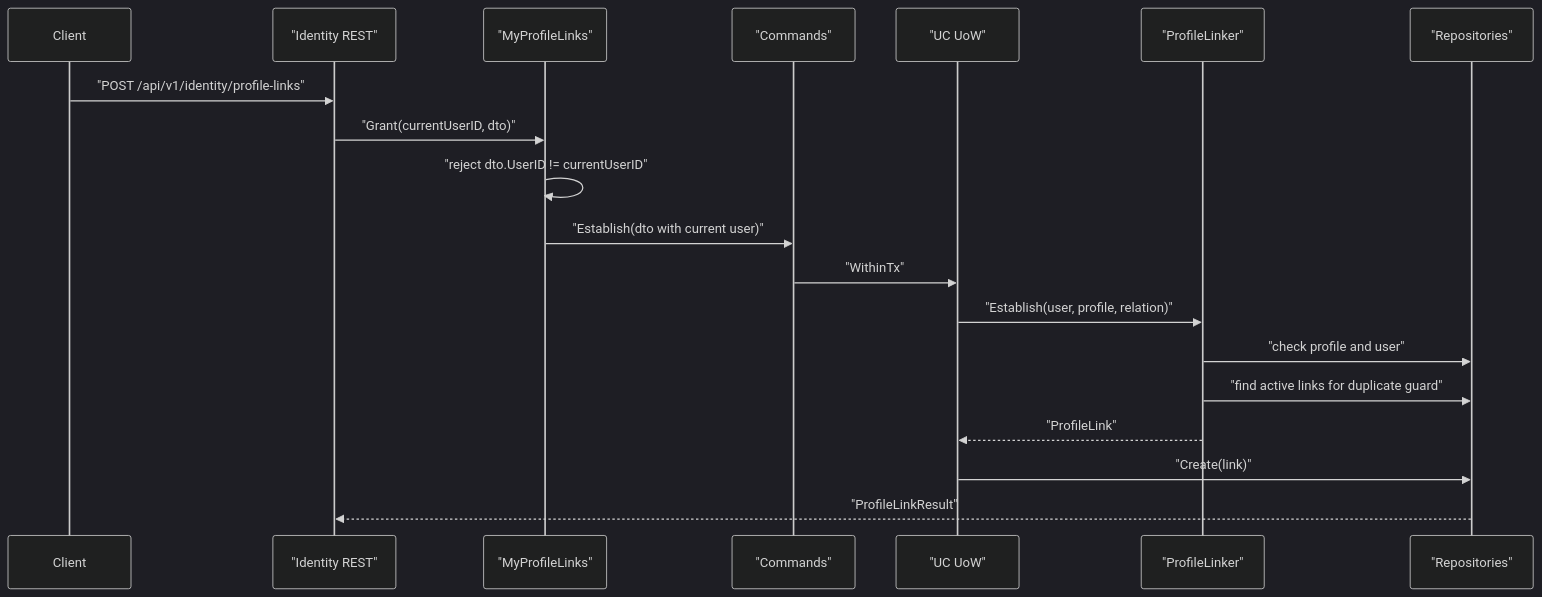
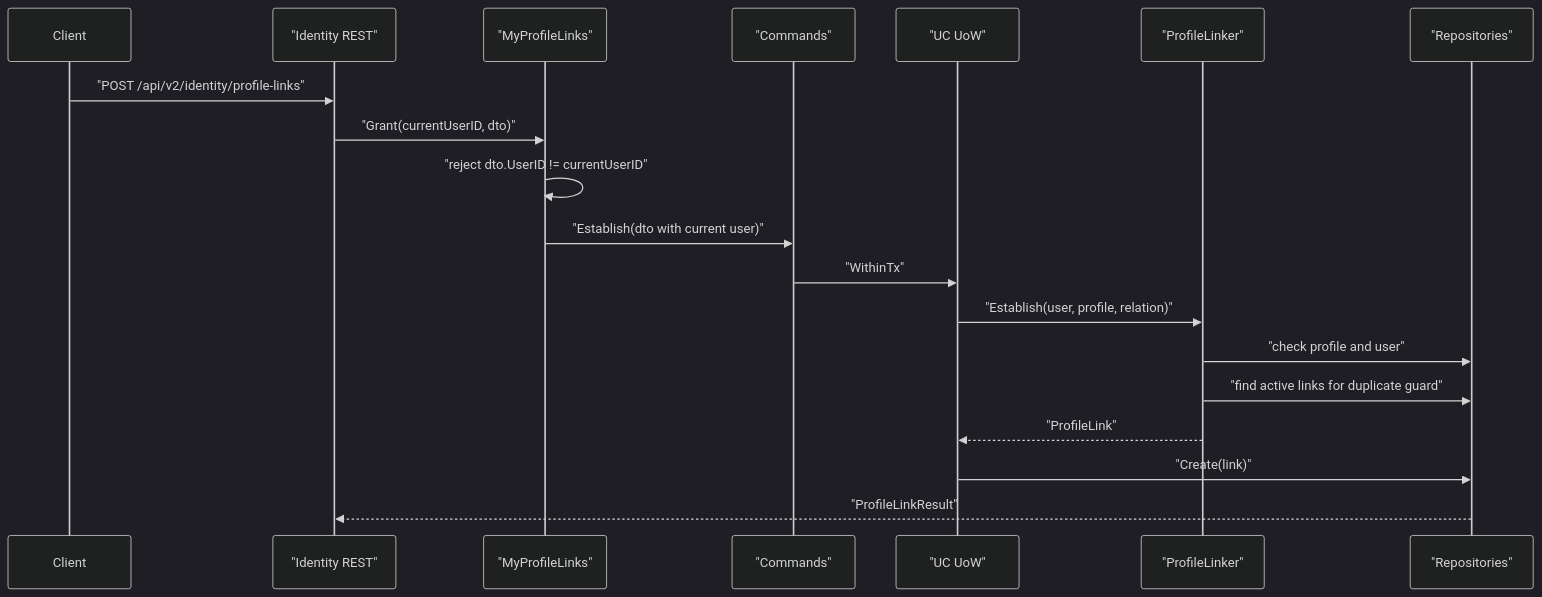
One commit to FangcunMount/iam changed the fourth of 6 diagrams in docs/05-专题分析/04-ProfileLink链路--用户&儿童档案关系协作.md. Above: the diagram before and after it, drawn with Mermaid (dark theme). The commit also changed other lines of this file and 611 other files, not shown here.

Commit message:
feat 完成 IAM SDK v2、REST API v2、gRPC API v2 迁移

````diff
--- a/docs/05-专题分析/04-ProfileLink链路--用户&儿童档案关系协作.md
+++ b/docs/05-专题分析/04-ProfileLink链路--用户&儿童档案关系协作.md
@@ -125,22 +125,22 @@
 ```mermaid
 sequenceDiagram
     participant Client
     participant REST as "Identity REST"
     participant My as "MyProfileLinks"
     participant Cmd as "Commands"
     participant UOW as "UC UoW"
     participant Linker as "ProfileLinker"
     participant Repo as "Repositories"
 
-    Client->>REST: "POST /api/v1/identity/profile-links"
+    Client->>REST: "POST /api/v2/identity/profile-links"
     REST->>My: "Grant(currentUserID, dto)"
     My->>My: "reject dto.UserID != currentUserID"
     My->>Cmd: "Establish(dto with current user)"
     Cmd->>UOW: "WithinTx"
     UOW->>Linker: "Establish(user, profile, relation)"
     Linker->>Repo: "check profile and user"
     Linker->>Repo: "find active links for duplicate guard"
     Linker-->>UOW: "ProfileLink"
     UOW->>Repo: "Create(link)"
     Repo-->>REST: "ProfileLinkResult"
 ```
````
